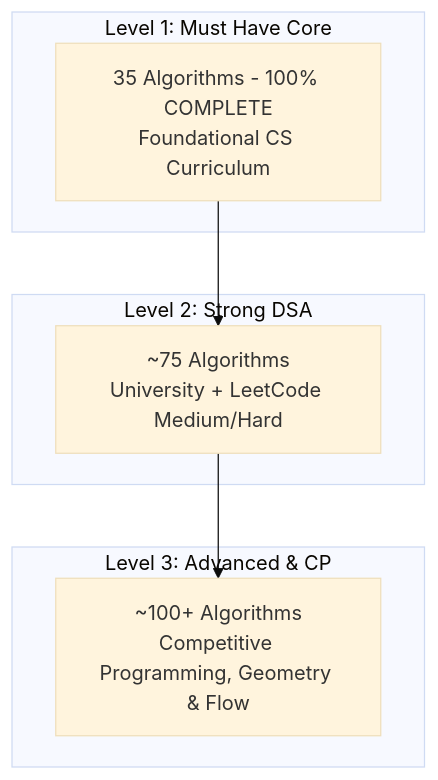
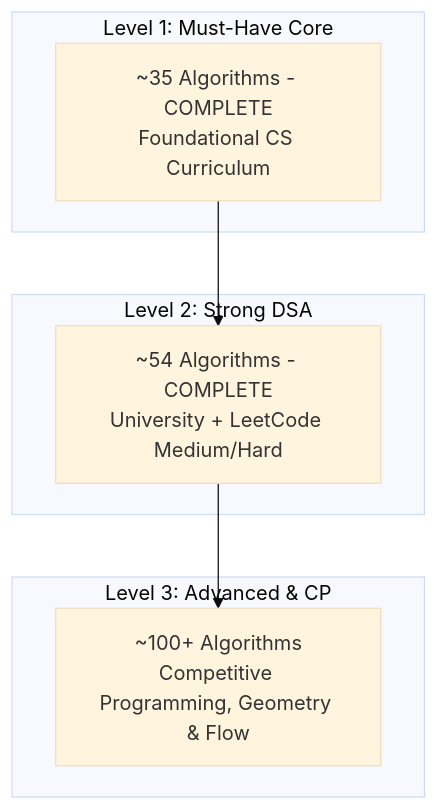
The diagram in docs/MASTER_CURRICULUM.md (ThanhNguyxnOrg/StepDSA), drawn with Mermaid (base theme) before and after one commit. The commit also changed other lines of this file and 2 other files, not shown here.

First line of the commit message:
docs: rewrite MASTER_CURRICULUM.md in 100% English with accurate 54-module inventory

````diff
--- a/docs/MASTER_CURRICULUM.md
+++ b/docs/MASTER_CURRICULUM.md
@@ -343,13 +342,13 @@
 ```mermaid
 graph TD
-    subgraph Level 1: Must Have Core
-        L1[35 Algorithms - 100% COMPLETE<br/>Foundational CS Curriculum]
+    subgraph "Level 1: Must-Have Core"
+        L1["~35 Algorithms - COMPLETE<br/>Foundational CS Curriculum"]
     end
-    subgraph Level 2: Strong DSA
-        L2[~75 Algorithms<br/>University + LeetCode Medium/Hard]
+    subgraph "Level 2: Strong DSA"
+        L2["~54 Algorithms - COMPLETE<br/>University + LeetCode Medium/Hard"]
     end
-    subgraph Level 3: Advanced & CP
-        L3[~100+ Algorithms<br/>Competitive Programming, Geometry & Flow]
+    subgraph "Level 3: Advanced & CP"
+        L3["~100+ Algorithms<br/>Competitive Programming, Geometry & Flow"]
     end
     L1 --> L2 --> L3
 ```
````
